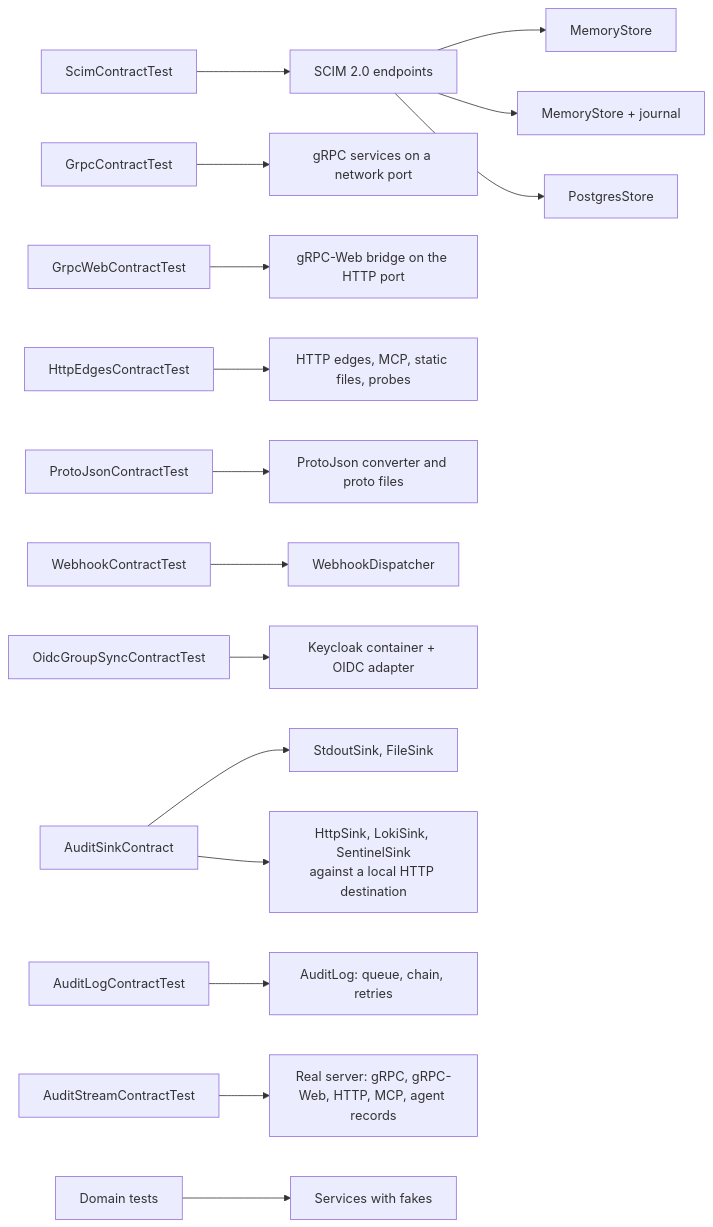
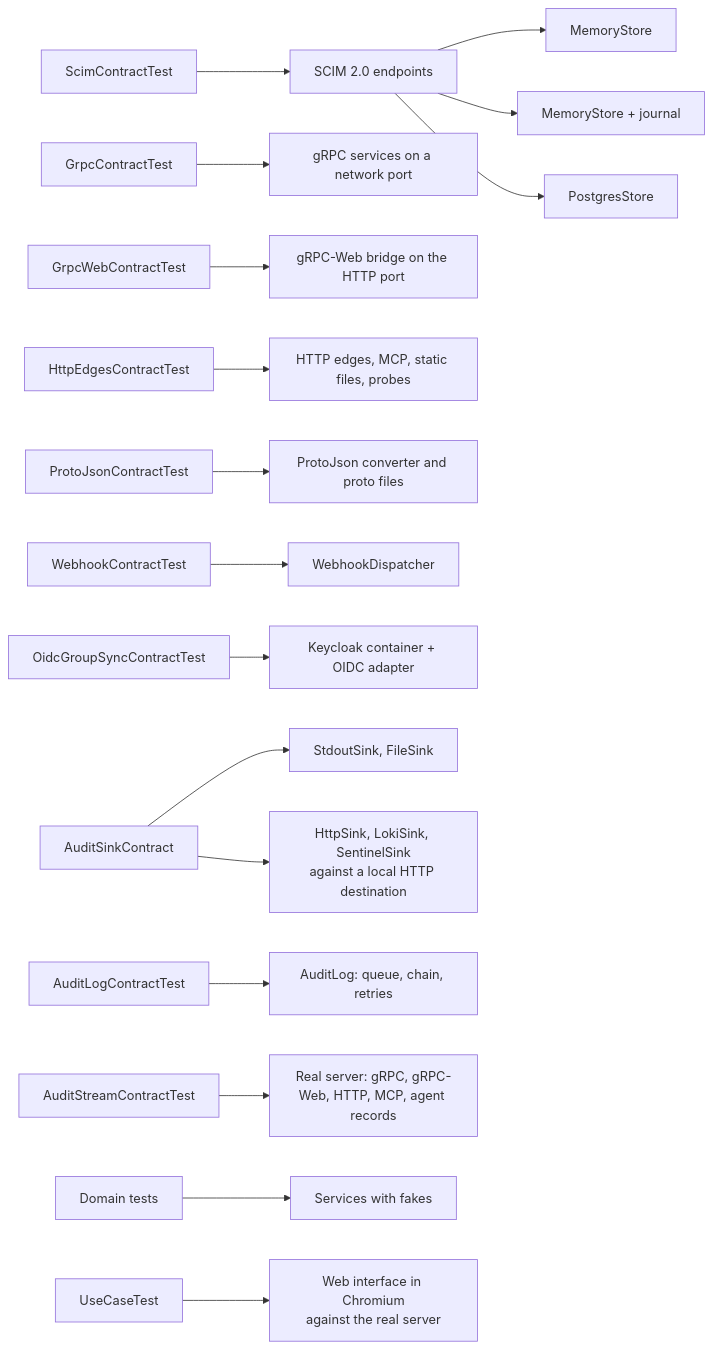
The diagram in docs/testing.md (gigabrain-ideas/mayday), drawn with Mermaid before and after one commit. The commit also changed other lines of this file and 6 other files, not shown here.

First line of the commit message:
test(e2e): add Playwright use-case tests for the main flows of work

````diff
--- a/docs/testing.md
+++ b/docs/testing.md
@@ -5,18 +5,19 @@
 ```mermaid
 flowchart LR
   SC[StoreContract] --> M[MemoryStore]
   SC --> J[MemoryStore + journal]
   SC --> P[PostgresStore]
   GC[GrpcContractTest] --> G[gRPC services on a network port]
   WC[GrpcWebContractTest] --> B[gRPC-Web bridge on the HTTP port]
   EC[HttpEdgesContractTest] --> E[HTTP edges, MCP, static files, probes]
   PJ[ProtoJsonContractTest] --> C[ProtoJson converter and proto files]
   HC[WebhookContractTest] --> WH[WebhookDispatcher]
   SCT[ScimContractTest] --> SC[SCIM 2.0 endpoints]
   OGS[OidcGroupSyncContractTest] --> KC[Keycloak container + OIDC adapter]
   ASC[AuditSinkContract] --> AS1[StdoutSink, FileSink]
   ASC --> AS2[HttpSink, LokiSink, SentinelSink<br/>against a local HTTP destination]
   ALC[AuditLogContractTest] --> AL[AuditLog: queue, chain, retries]
   AST[AuditStreamContractTest] --> AE[Real server: gRPC, gRPC-Web, HTTP, MCP, agent records]
   DT[Domain tests] --> S[Services with fakes]
+  UC[UseCaseTest] --> UI[Web interface in Chromium<br/>against the real server]
 ```
````
